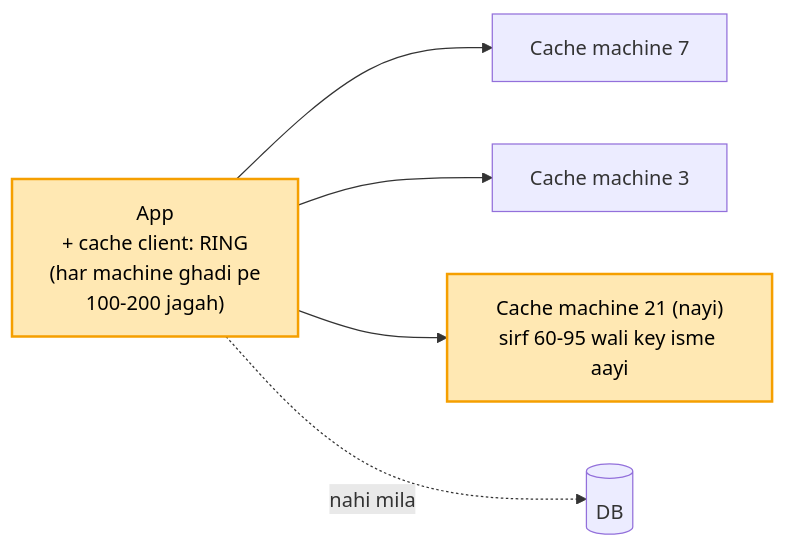
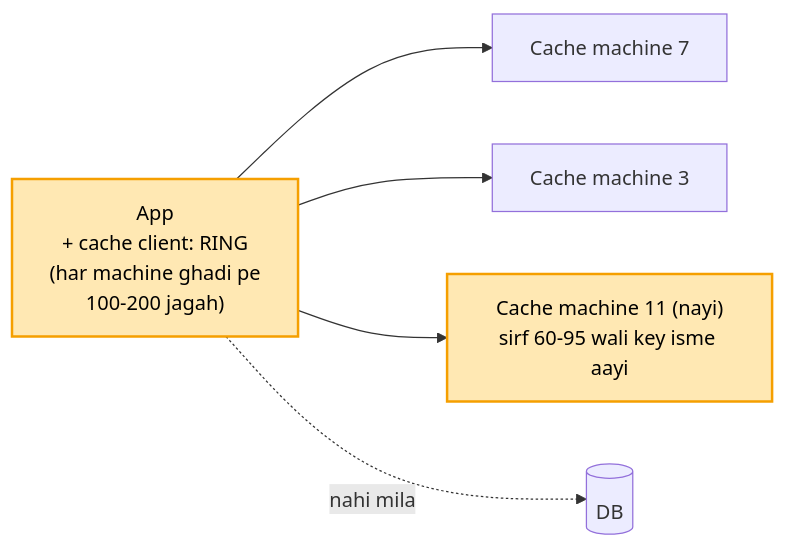
Before and after one commit to ArpanMaheshwari144/Prep: the fourth of 8 diagrams in 04_HLD/SYSTEM_DESIGNS/10_distributed_cache/10_distributed_cache.md, drawn with Mermaid. The commit also changed other lines of this file and 2 other files, not shown here.

Commit message:
HLD: main file = hand notes (cache 10 se 11 machine, notification SMS had 100/s, rate limiter kadam 1-4 Ravi ke OTP pe)

````diff
--- a/04_HLD/SYSTEM_DESIGNS/10_distributed_cache/10_distributed_cache.md
+++ b/04_HLD/SYSTEM_DESIGNS/10_distributed_cache/10_distributed_cache.md
@@ -197,9 +197,9 @@
 ```mermaid
 flowchart LR
     A["App<br/>+ cache client: RING<br/>(har machine ghadi pe<br/>100-200 jagah)"] --> M7["Cache machine 7"]
     A --> M3["Cache machine 3"]
-    A --> M21["Cache machine 21 (nayi)<br/>sirf 60-95 wali key isme aayi"]
+    A --> M11["Cache machine 11 (nayi)<br/>sirf 60-95 wali key isme aayi"]
     A -.->|"nahi mila"| D[("DB")]
     style A fill:#ffe8b3,stroke:#f59f00,stroke-width:2px,color:#000
-    style M21 fill:#ffe8b3,stroke:#f59f00,stroke-width:2px,color:#000
+    style M11 fill:#ffe8b3,stroke:#f59f00,stroke-width:2px,color:#000
 ```
````
